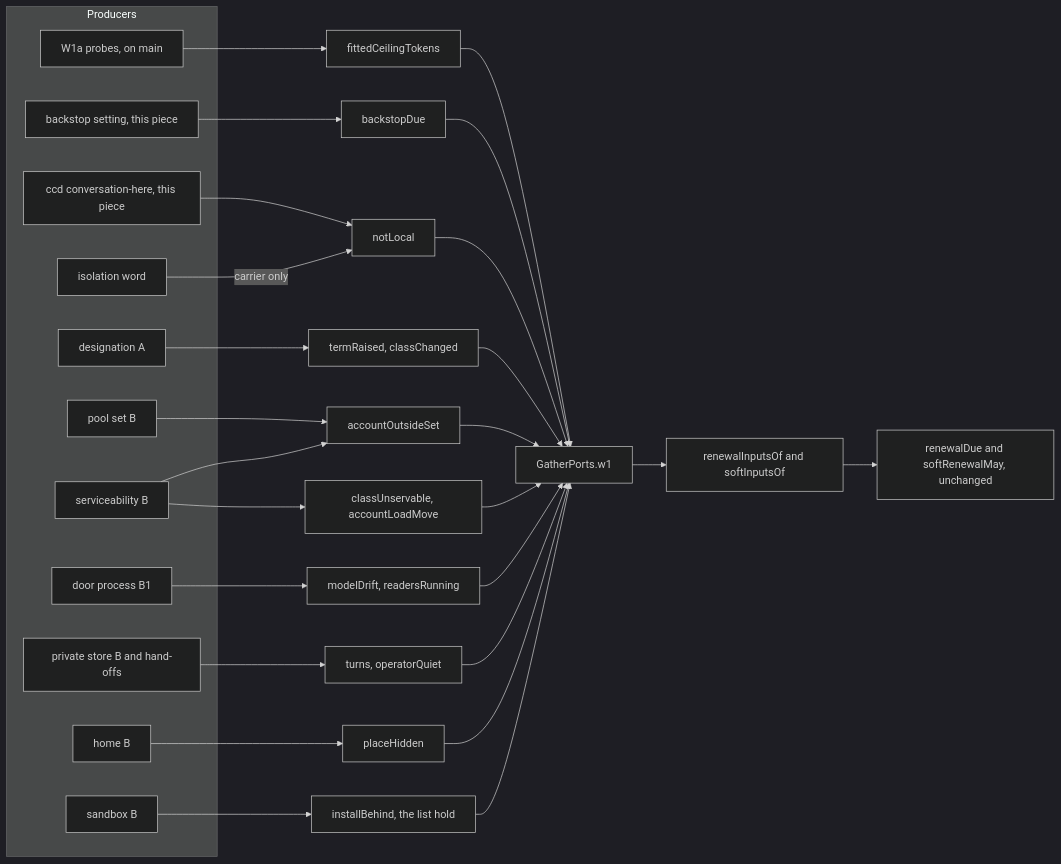
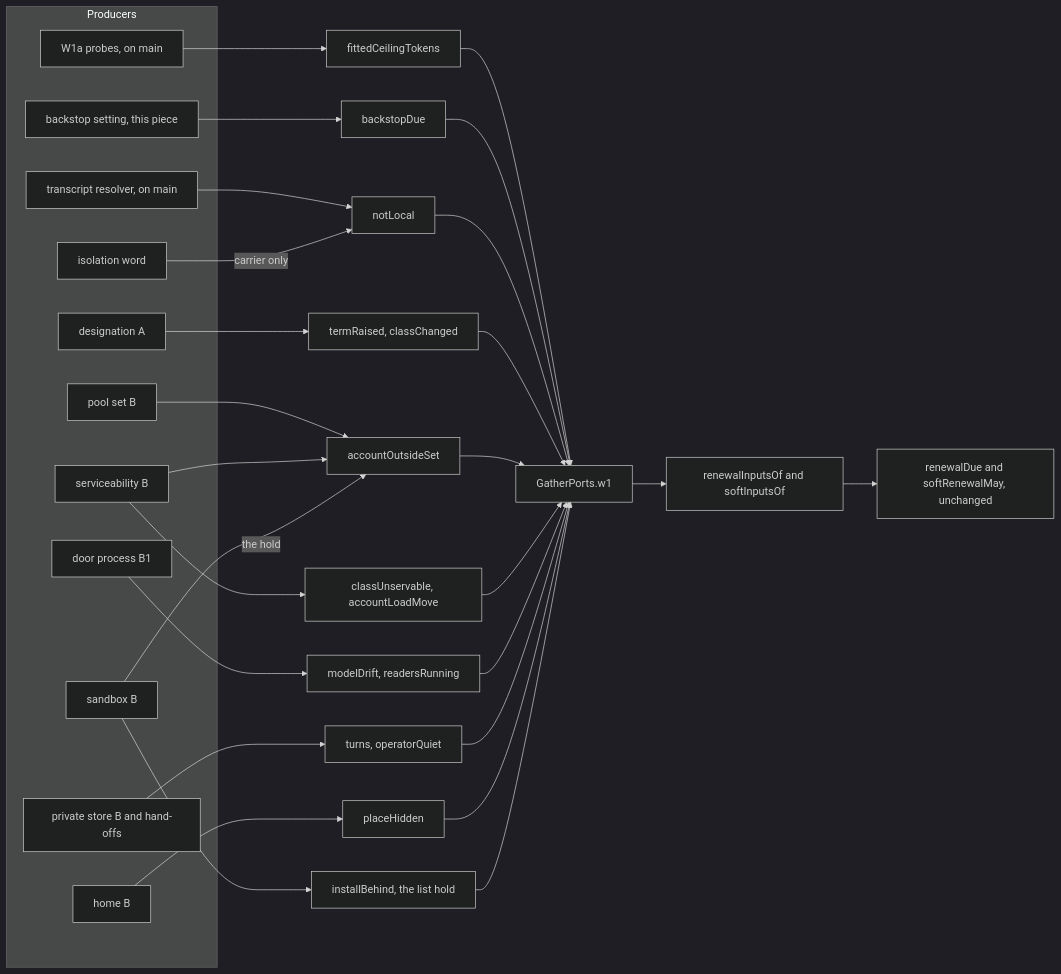
The first of 2 diagrams in docs/superpowers/plans/2026-11-14-overlord-w1/w1-renewal-readings.md (Synapsium-Labs/ccrc-pwa), drawn with Mermaid (dark theme) before and after one commit. The commit also changed other lines of this file and 1 other file, not shown here.

````diff
--- a/docs/superpowers/plans/2026-11-14-overlord-w1/w1-renewal-readings.md
+++ b/docs/superpowers/plans/2026-11-14-overlord-w1/w1-renewal-readings.md
@@ -222,31 +245,32 @@
 ```mermaid
 flowchart LR
   subgraph Producers
     PR["W1a probes, on main"]
     BS["backstop setting, this piece"]
-    CH["ccd conversation-here, this piece"]
+    CH["transcript resolver, on main"]
     ISO["isolation word"]
     DA["designation A"]
     PB["pool set B"]
     SV["serviceability B"]
     DP["door process B1"]
     PS["private store B and hand-offs"]
     HB["home B"]
     SB["sandbox B"]
   end
   PR --> FC["fittedCeilingTokens"]
   BS --> BD["backstopDue"]
   CH --> NL["notLocal"]
   ISO -->|"carrier only"| NL
   DA --> TR["termRaised, classChanged"]
   PB --> AO["accountOutsideSet"]
   SV --> AO
+  SB -->|"the hold"| AO
   SV --> CU["classUnservable, accountLoadMove"]
   DP --> MD["modelDrift, readersRunning"]
   PS --> TQ["turns, operatorQuiet"]
   HB --> PH["placeHidden"]
   SB --> IB["installBehind, the list hold"]
   FC & BD & NL & TR & AO & CU & MD & TQ & PH & IB --> W["GatherPorts.w1"]
   W --> RI["renewalInputsOf and softInputsOf"]
   RI --> RD["renewalDue and softRenewalMay, unchanged"]
 ```
````
